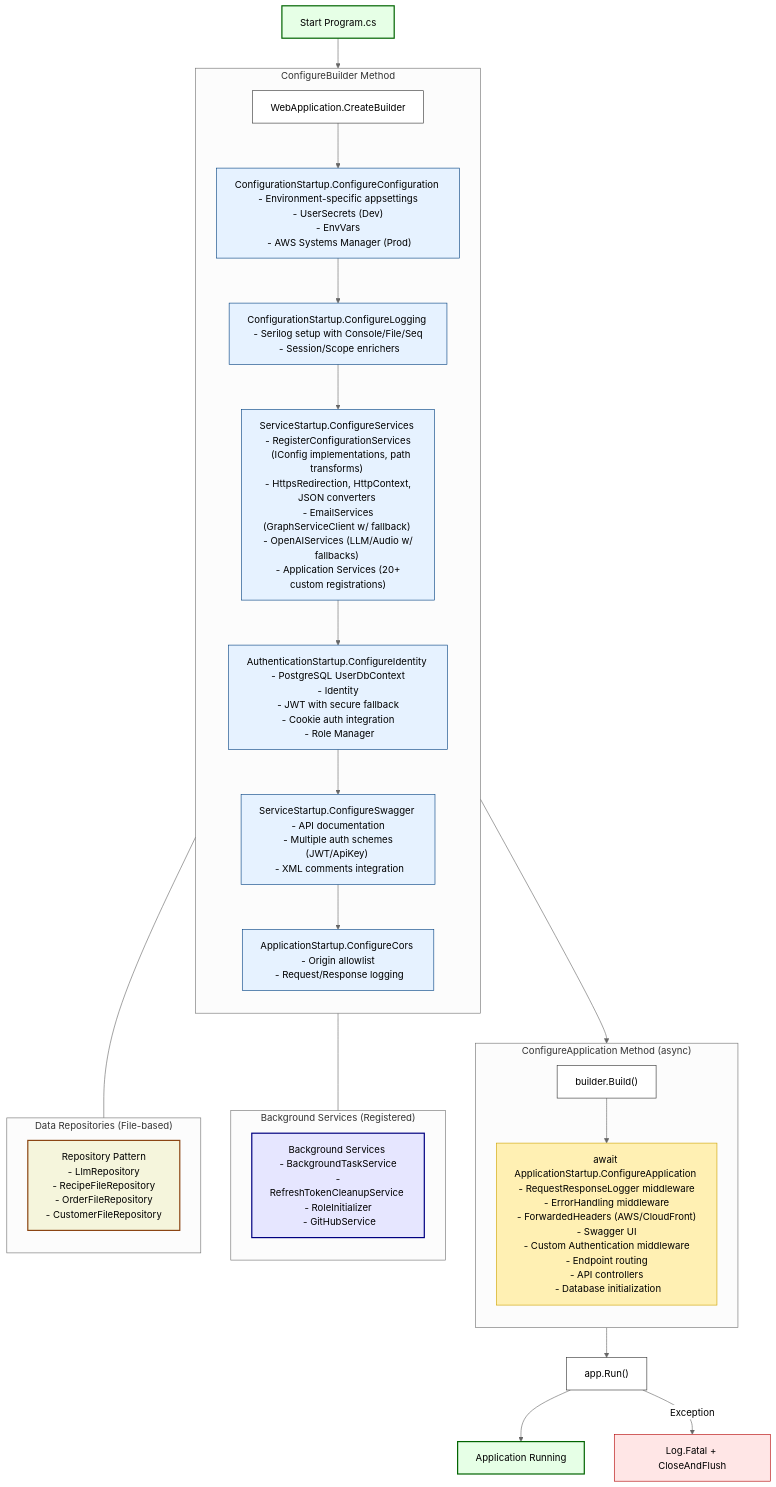
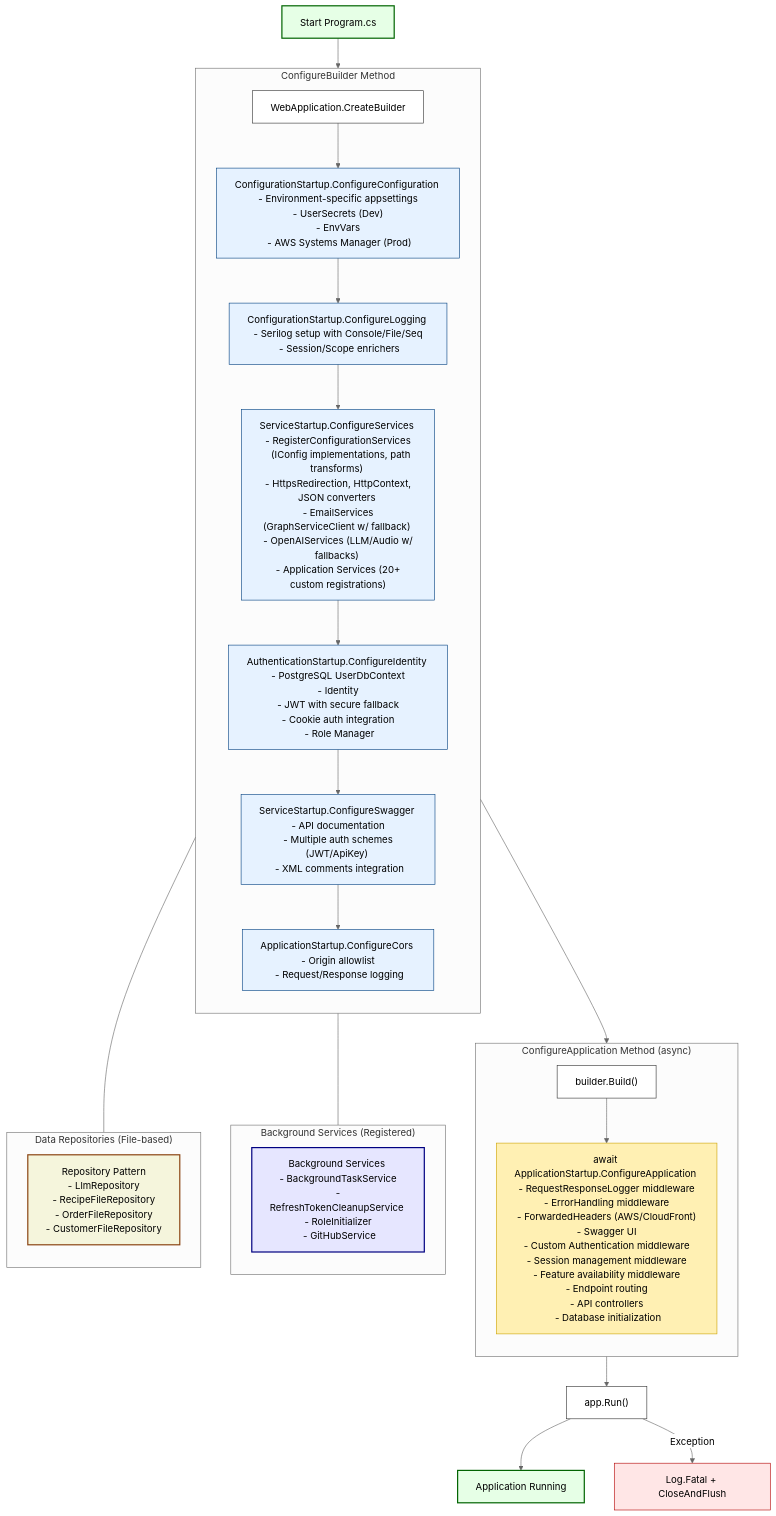
The diagram in api-server/Startup/README.md (Zarichney-Development/zarichney-api), drawn with Mermaid (neutral theme) before and after one commit. The commit also changed other lines of this file and 15 other files, not shown here.

First line of the commit message:
feat: Implement FeatureAvailabilityMiddleware (#1)

````diff
--- a/api-server/Startup/README.md
+++ b/api-server/Startup/README.md
@@ -41,64 +41,64 @@
 ```mermaid
 %% Application Startup Flow in Program.cs
 graph TD
     Start[Start Program.cs] --> CreateBuilder[WebApplication.CreateBuilder]
 
     subgraph "ConfigureBuilder Method"
         direction TB
         CreateBuilder --> ConfigureConfig["ConfigurationStartup.ConfigureConfiguration \n - Environment-specific appsettings \n - UserSecrets (Dev) \n - EnvVars \n - AWS Systems Manager (Prod)"]
         
         ConfigureConfig --> ConfigureLogging["ConfigurationStartup.ConfigureLogging \n - Serilog setup with Console/File/Seq \n - Session/Scope enrichers"]
         
         ConfigureLogging --> ConfigureServices["ServiceStartup.ConfigureServices \n - RegisterConfigurationServices \n   (IConfig implementations, path transforms) \n - HttpsRedirection, HttpContext, JSON converters \n - EmailServices (GraphServiceClient w/ fallback) \n - OpenAIServices (LLM/Audio w/ fallbacks) \n - Application Services (20+ custom registrations)"]
         
         ConfigureServices --> ConfigureIdentity["AuthenticationStartup.ConfigureIdentity \n - PostgreSQL UserDbContext \n - Identity<ApplicationUser> \n - JWT with secure fallback \n - Cookie auth integration \n - Role Manager"]
         
         ConfigureIdentity --> ConfigureSwagger["ServiceStartup.ConfigureSwagger \n - API documentation \n - Multiple auth schemes (JWT/ApiKey) \n - XML comments integration"]
         
         ConfigureSwagger --> ConfigureCors["ApplicationStartup.ConfigureCors \n - Origin allowlist \n - Request/Response logging"]
     end
 
     ConfigureCors --> BuildApp["builder.Build()"]
 
     subgraph "ConfigureApplication Method (async)"
         direction TB
-        BuildApp --> ConfigureApp["await ApplicationStartup.ConfigureApplication \n - RequestResponseLogger middleware \n - ErrorHandling middleware \n - ForwardedHeaders (AWS/CloudFront) \n - Swagger UI \n - Custom Authentication middleware \n - Endpoint routing \n - API controllers \n - Database initialization"]
+        BuildApp --> ConfigureApp["await ApplicationStartup.ConfigureApplication \n - RequestResponseLogger middleware \n - ErrorHandling middleware \n - ForwardedHeaders (AWS/CloudFront) \n - Swagger UI \n - Custom Authentication middleware \n - Session management middleware \n - Feature availability middleware \n - Endpoint routing \n - API controllers \n - Database initialization"]
     end
 
     ConfigureApp --> RunApp["app.Run()"]
     RunApp --> End[Application Running]
 
     %% Critical background services
     subgraph "Background Services (Registered)"
         direction TB
         BackgroundSvcs["Background Services \n - BackgroundTaskService \n - RefreshTokenCleanupService \n - RoleInitializer \n - GitHubService"]
     end
     ConfigureServices --- BackgroundSvcs
     
     %% Key data flows
     subgraph "Data Repositories (File-based)"
         direction TB
         Repositories["Repository Pattern \n - LlmRepository \n - RecipeFileRepository \n - OrderFileRepository \n - CustomerFileRepository"]
     end
     ConfigureServices --- Repositories
 
     %% Error handling
     RunApp -- "Exception" --> LogFatal["Log.Fatal + CloseAndFlush"]
 
     %% Styling
     classDef startEnd fill:#e6ffe6,stroke:#006400,stroke-width:2px;
     classDef process fill:#fff,stroke:#333,stroke-width:1px;
     classDef configStep fill:#e6f2ff,stroke:#004080,stroke-width:1px;
     classDef pipelineStep fill:#fff0b3,stroke:#cca300,stroke-width:1px;
     classDef errorStep fill:#ffe6e6,stroke:#b30000,stroke-width:1px;
     classDef repoStep fill:#f5f5dc,stroke:#8b4513,stroke-width:2px;
     classDef serviceBg fill:#e6e6ff,stroke:#000080,stroke-width:2px;
 
     class Start,End startEnd;
     class CreateBuilder,BuildApp,RunApp process;
     class ConfigureConfig,ConfigureLogging,ConfigureServices,ConfigureIdentity,ConfigureSwagger,ConfigureCors configStep;
     class ConfigureApp pipelineStep;
     class LogFatal errorStep;
     class BackgroundSvcs serviceBg;
     class Repositories repoStep;
 ```
````
